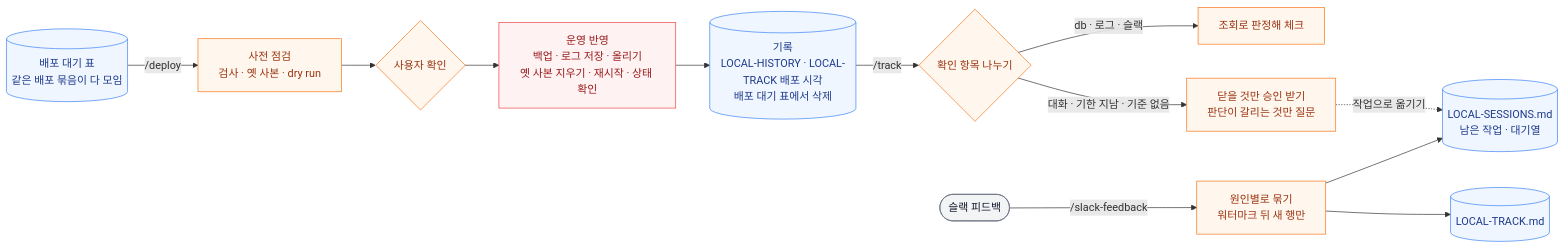
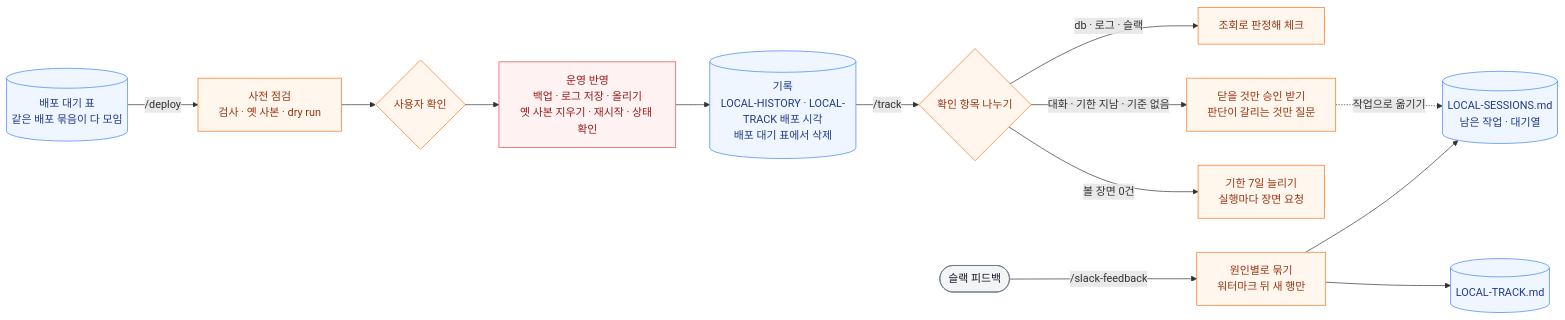
The fifth of 6 diagrams in workflow/skills-overview.md (hyewon3938/build-with-ai), drawn with Mermaid before and after one commit. The commit also changed other lines of this file and 6 other files, not shown here.

````diff
--- a/workflow/skills-overview.md
+++ b/workflow/skills-overview.md
@@ -161,24 +161,25 @@
 ```mermaid
 graph LR
     DW[("배포 대기 표<br/>같은 배포 묶음이 다 모임")] -->|/deploy| PRE["사전 점검<br/>검사 · 옛 사본 · dry run"]
     PRE --> OK{"사용자 확인"}
     OK --> RUN["운영 반영<br/>백업 · 로그 저장 · 올리기<br/>옛 사본 지우기 · 재시작 · 상태 확인"]
     RUN --> REC[("기록<br/>LOCAL-HISTORY · LOCAL-TRACK 배포 시각<br/>배포 대기 표에서 삭제")]
     REC -->|/track| TR{"확인 항목 나누기"}
     TR -->|db · 로그 · 슬랙| AUTO["조회로 판정해 체크"]
     TR -->|대화 · 기한 지남 · 기준 없음| ASK["닫을 것만 승인 받기<br/>판단이 갈리는 것만 질문"]
     ASK -.작업으로 옮기기.-> QU[("LOCAL-SESSIONS.md<br/>남은 작업 · 대기열")]
+    TR -->|볼 장면 0건| SCENE["기한 7일 늘리기<br/>실행마다 장면 요청"]
     SL(["슬랙 피드백"]) -->|/slack-feedback| FB["원인별로 묶기<br/>워터마크 뒤 새 행만"]
     FB --> QU
     FB --> TK[("LOCAL-TRACK.md")]
 
     classDef io fill:#f3f4f6,stroke:#6b7280,color:#111827
     classDef judge fill:#fff7ed,stroke:#f97316,color:#9a3412
     classDef local fill:#eff6ff,stroke:#3b82f6,color:#1e3a8a
     classDef external fill:#fef2f2,stroke:#ef4444,color:#991b1b
 
     class SL io
-    class PRE,OK,TR,AUTO,ASK,FB judge
+    class PRE,OK,TR,AUTO,ASK,SCENE,FB judge
     class DW,REC,QU,TK local
     class RUN external
 ```
````
